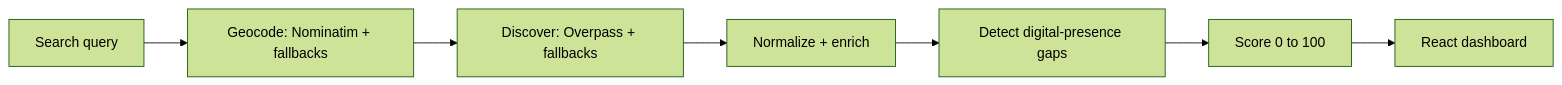
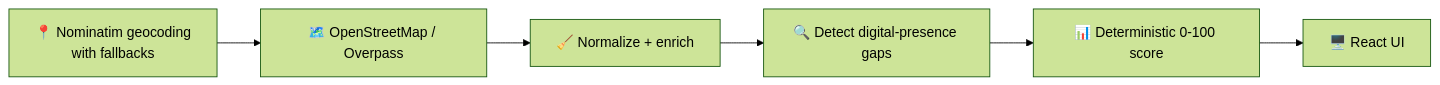
One commit to Raju-CS8/Raju-CS8 changed the fifth of 6 diagrams in README.md. Above: the diagram before and after it, drawn with Mermaid (forest theme). The commit also changed other lines of this file, not shown here.

````diff
--- a/README.md
+++ b/README.md
@@ -187,9 +246,5 @@
 ```mermaid
 flowchart LR
-    U[Search query] --> G[Geocode: Nominatim + fallbacks]
-    G --> O[Discover: Overpass + fallbacks]
-    O --> N[Normalize + enrich]
-    N --> D[Detect digital-presence gaps]
-    D --> S[Score 0 to 100]
-    S --> UI[React dashboard]
+    GE["📍 Nominatim geocoding<br/>with fallbacks"] --> O["🗺️ OpenStreetMap / Overpass"]
+    O --> N["🧹 Normalize + enrich"] --> D["🔍 Detect digital-presence gaps"] --> S["📊 Deterministic 0-100 score"] --> UI["🖥️ React UI"]
 ```
````
